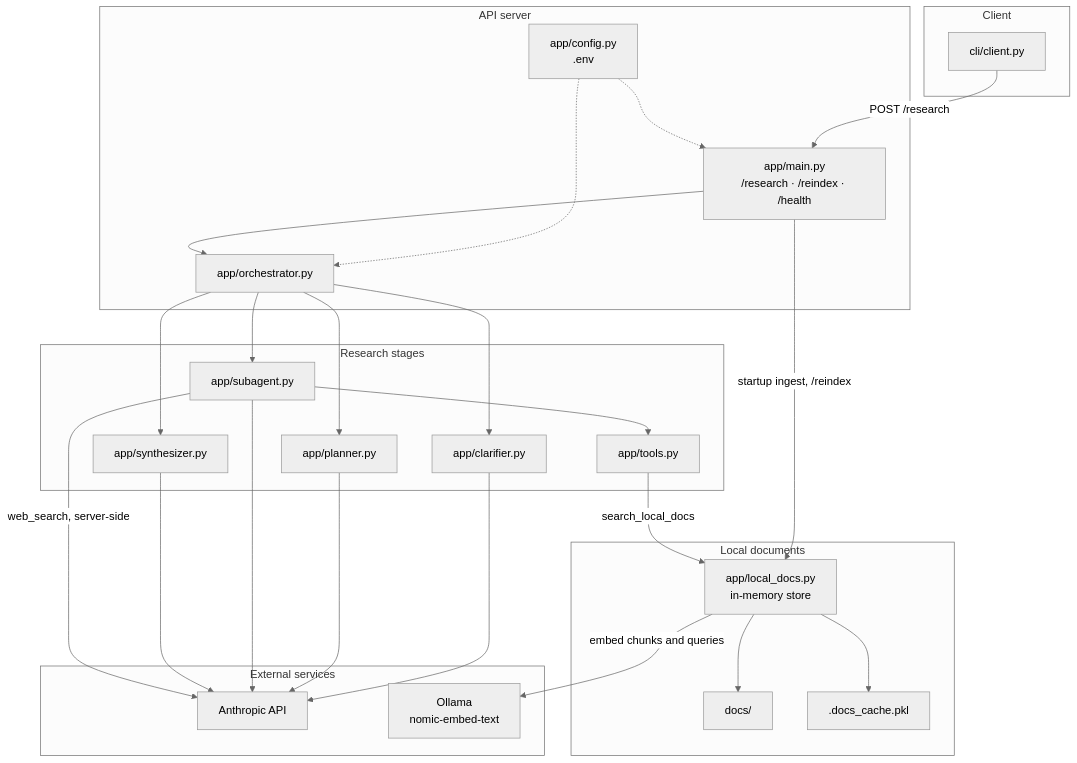
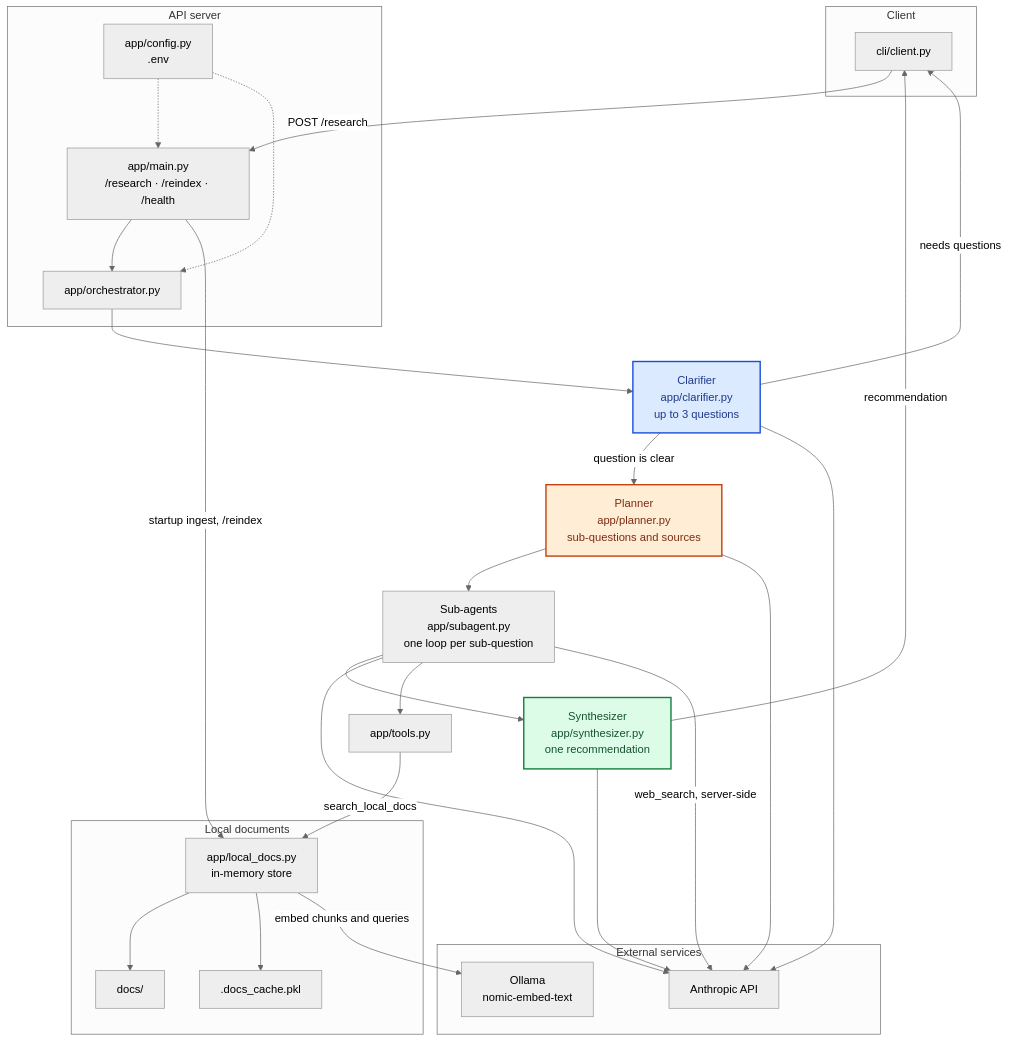
The diagram in arhitecture.md (dejanu/localDeepResearch), drawn with Mermaid (neutral theme) before and after one commit.

Commit message:
update architecture diagram

````diff
--- a/arhitecture.md
+++ b/arhitecture.md
@@ -5,55 +5,62 @@
 ```mermaid
 flowchart TB
   subgraph client [Client]
     CLI["cli/client.py"]
   end
 
   subgraph server [API server]
     MAIN["app/main.py<br/>/research · /reindex · /health"]
     CFG["app/config.py<br/>.env"]
     ORCH["app/orchestrator.py"]
   end
 
-  subgraph pipeline [Research stages]
-    CLAR["app/clarifier.py"]
-    PLAN["app/planner.py"]
-    SUB["app/subagent.py"]
-    SYN["app/synthesizer.py"]
-    TOOLS["app/tools.py"]
-  end
+  CLAR["Clarifier<br/>app/clarifier.py<br/>up to 3 questions"]
+  PLAN["Planner<br/>app/planner.py<br/>sub-questions and sources"]
+  SUB["Sub-agents<br/>app/subagent.py<br/>one loop per sub-question"]
+  SYN["Synthesizer<br/>app/synthesizer.py<br/>one recommendation"]
+  TOOLS["app/tools.py"]
 
   subgraph corpus [Local documents]
     STORE["app/local_docs.py<br/>in-memory store"]
     DOCS["docs/"]
     CACHE[".docs_cache.pkl"]
   end
 
   subgraph external [External services]
     ANTH["Anthropic API"]
     OLLAMA["Ollama<br/>nomic-embed-text"]
   end
 
   CLI -->|"POST /research"| MAIN
   CFG -.-> MAIN
   CFG -.-> ORCH
   MAIN --> ORCH
   MAIN -->|"startup ingest, /reindex"| STORE
 
   ORCH --> CLAR
-  ORCH --> PLAN
-  ORCH --> SUB
-  ORCH --> SYN
+  CLAR -->|"question is clear"| PLAN
+  CLAR -->|"needs questions"| CLI
+  PLAN --> SUB
+  SUB --> SYN
+  SYN -->|"recommendation"| CLI
 
   CLAR --> ANTH
   PLAN --> ANTH
   SUB --> ANTH
   SYN --> ANTH
 
   SUB --> TOOLS
   TOOLS -->|"search_local_docs"| STORE
   SUB -->|"web_search, server-side"| ANTH
 
   STORE --> DOCS
   STORE --> CACHE
   STORE -->|"embed chunks and queries"| OLLAMA
+
+  classDef clarifier fill:#dbeafe,stroke:#1d4ed8,stroke-width:2px,color:#1e3a8a
+  classDef planner fill:#ffedd5,stroke:#c2410c,stroke-width:2px,color:#7c2d12
+  classDef synthesizer fill:#dcfce7,stroke:#15803d,stroke-width:2px,color:#14532d
+  class CLAR clarifier
+  class PLAN planner
+  class SYN synthesizer
 ```
````
